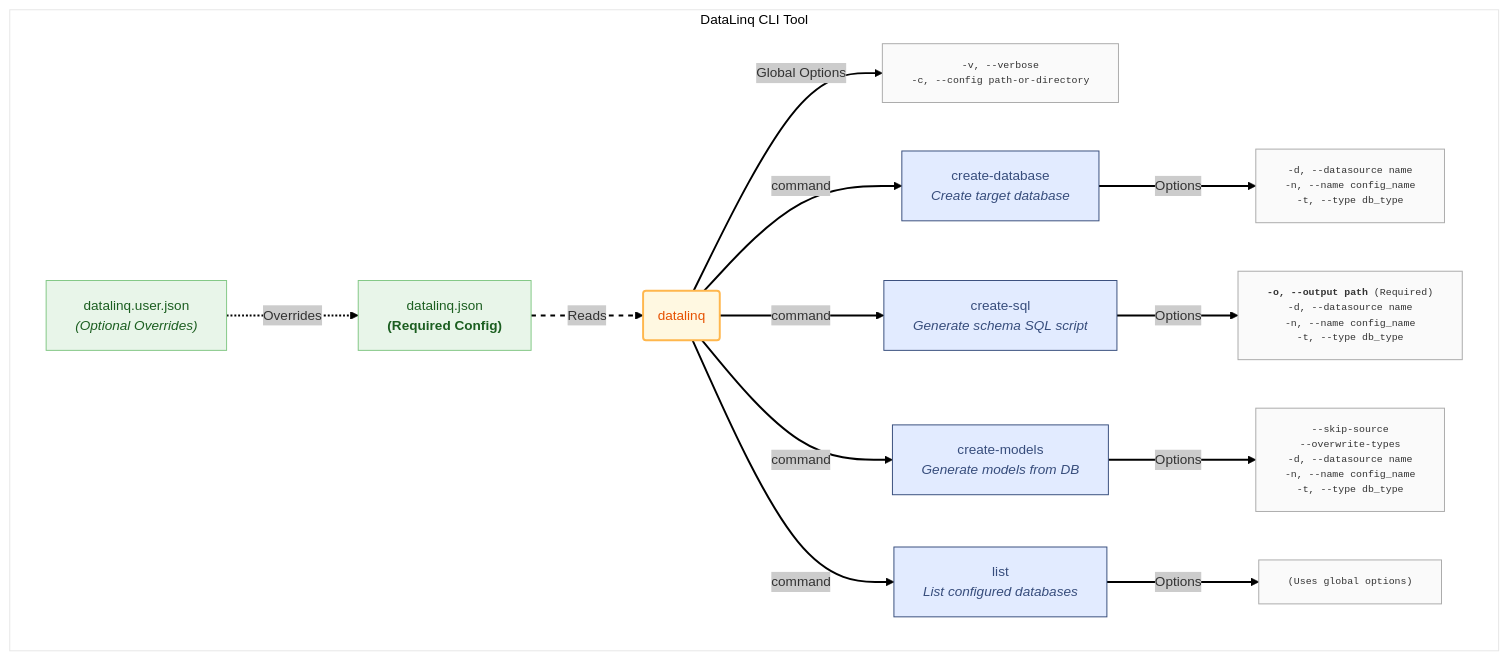
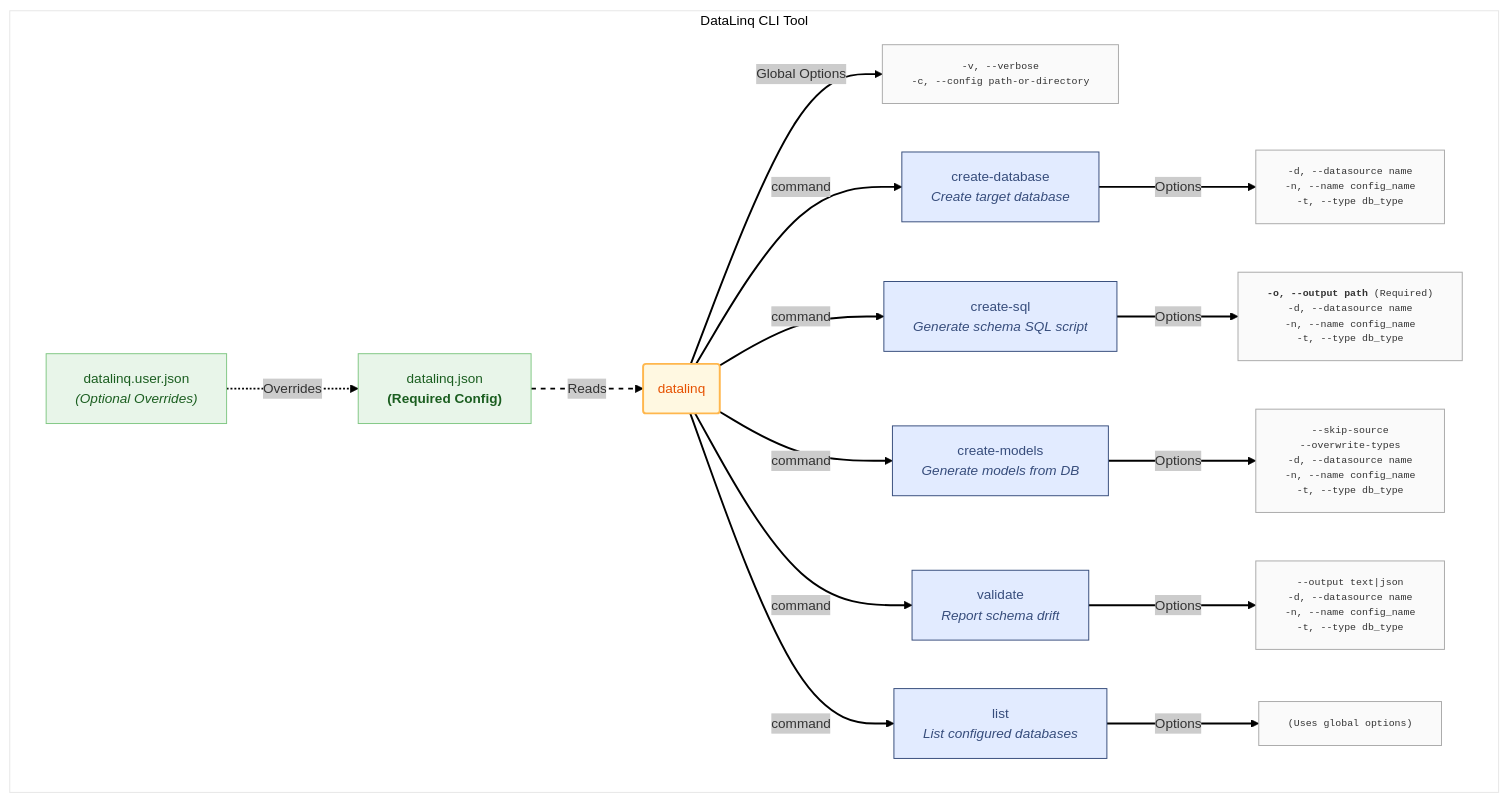
One commit to bazer/DataLinq changed the diagram in docs/CLI Documentation.md. Above: the diagram before and after it, drawn with Mermaid. The commit also changed other lines of this file and 10 other files, not shown here.

First line of the commit message:
Add schema validation CLI

````diff
--- a/docs/CLI Documentation.md
+++ b/docs/CLI Documentation.md
@@ -7,48 +7,52 @@
 ```mermaid
 ---
 config:
   theme: neo
   look: classic
 ---
 graph TD
     subgraph "DataLinq CLI Tool"
 
             ConfigFile["datalinq.json<br/><b>(Required Config)</b>"]:::FileStyle
             UserConfigFile["datalinq.user.json<br/><i>(Optional Overrides)</i>"]:::FileStyle
         CLI(datalinq):::ToolStyle -- Global Options --> GlobalOpts["-v, --verbose<br/>-c, --config path-or-directory"]
 
         ConfigFile -- Reads --> CLI
         UserConfigFile -.->|Overrides| ConfigFile
 
         CLI -- command --> CreateDB["create-database<br/><i>Create target database</i>"]
         CLI -- command --> CreateSQL["create-sql<br/><i>Generate schema SQL script</i>"]
         CLI -- command --> CreateModels["create-models<br/><i>Generate models from DB</i>"]
+        CLI -- command --> Validate["validate<br/><i>Report schema drift</i>"]
         CLI -- command --> ListCmd["list<br/><i>List configured databases</i>"]
 
         CreateDB -- Options --> CD_Opts["-d, --datasource name<br/>-n, --name config_name<br/>-t, --type db_type"]
         CreateSQL -- Options --> CS_Opts["<b>-o, --output path</b> (Required)<br/>-d, --datasource name<br/>-n, --name config_name<br/>-t, --type db_type"]
         CreateModels -- Options --> CM_Opts["--skip-source<br/>--overwrite-types<br/>-d, --datasource name<br/>-n, --name config_name<br/>-t, --type db_type"]
+        Validate -- Options --> Val_Opts["--output text|json<br/>-d, --datasource name<br/>-n, --name config_name<br/>-t, --type db_type"]
         ListCmd -- Options --> List_Opts["(Uses global options)"]
 
         CLI:::ToolStyle
         CreateDB:::CommandStyle
         CreateSQL:::CommandStyle
         CreateModels:::CommandStyle
+        Validate:::CommandStyle
         ListCmd:::CommandStyle
         CD_Opts:::OptionsStyle
         CS_Opts:::OptionsStyle
         CM_Opts:::OptionsStyle
+        Val_Opts:::OptionsStyle
         List_Opts:::OptionsStyle
         GlobalOpts:::OptionsStyle
         ConfigFile:::FileStyle
         UserConfigFile:::FileStyle
 
     end
 
     classDef ToolStyle stroke-width:2px, stroke:#FFB74D, fill:#FFF8E1, color:#E65100
     classDef CommandStyle stroke-width:1px, stroke:#374D7C, fill:#E2EBFF, color:#374D7C
     classDef OptionsStyle stroke-width:1px, stroke:#AAAAAA, fill:#FAFAFA, color:#333333, font-family:monospace, font-size:0.9em
     classDef FileStyle stroke-width:1px, stroke:#81C784, fill:#E8F5E9, color:#1B5E20
     linkStyle default stroke:#000000
     linkStyle 1 stroke-dasharray: 5 5
 ```
````
